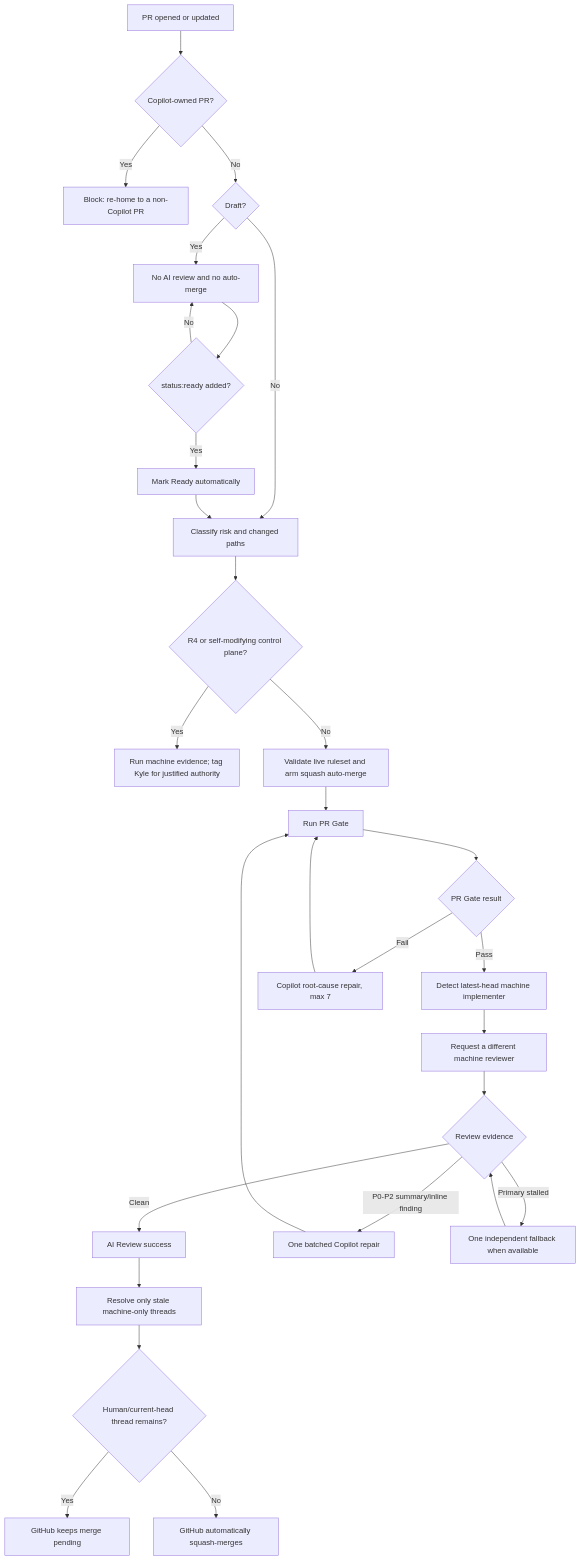
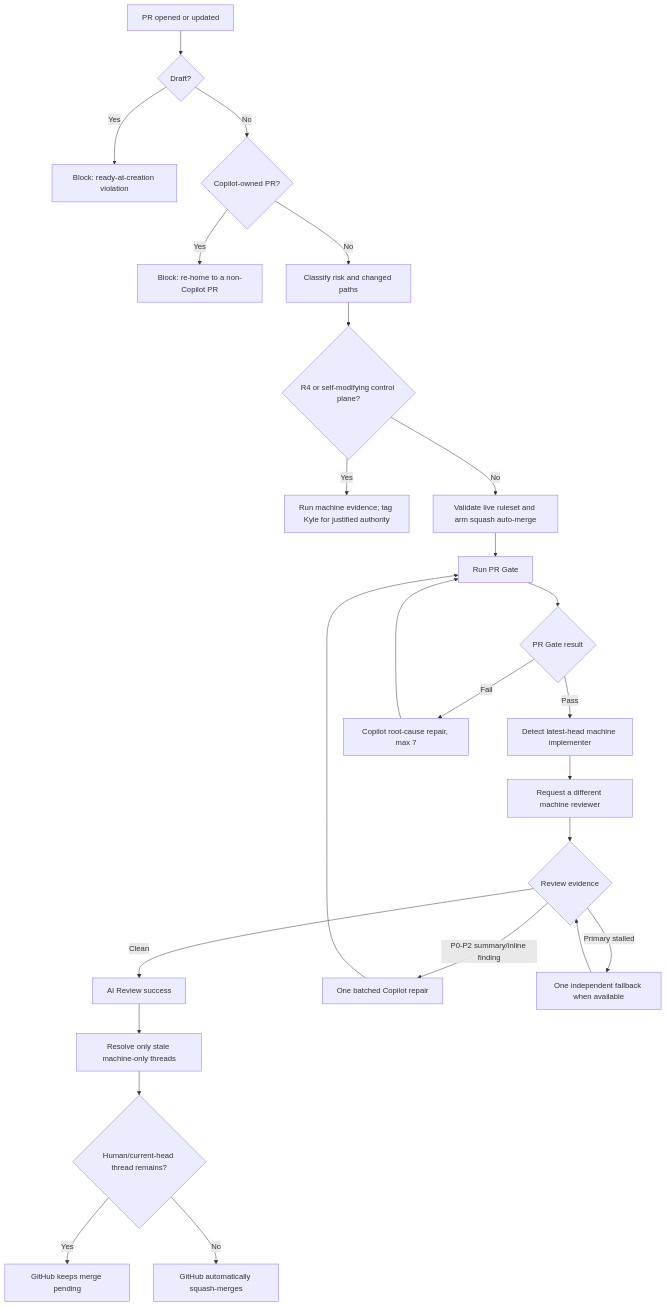
The diagram in DELIVERY_GITHUB.md (kgsmith19/agent-engineering-standard), drawn with Mermaid before and after one commit. The commit also changed other lines of this file and 17 other files, not shown here.

Commit message:
feat: enforce Ready PR creation across the autonomous lane

````diff
--- a/DELIVERY_GITHUB.md
+++ b/DELIVERY_GITHUB.md
@@ -68,31 +68,27 @@
 ```mermaid
 flowchart TD
-    A[PR opened or updated] --> B{Copilot-owned PR?}
-    B -- Yes --> C[Block: re-home to a non-Copilot PR]
-    B -- No --> D{Draft?}
-    D -- Yes --> E[No AI review and no auto-merge]
-    E --> F{status:ready added?}
-    F -- No --> E
-    F -- Yes --> G[Mark Ready automatically]
+    A[PR opened or updated] --> B{Draft?}
+    B -- Yes --> C[Block: ready-at-creation violation]
+    B -- No --> D{Copilot-owned PR?}
+    D -- Yes --> E[Block: re-home to a non-Copilot PR]
     D -- No --> H[Classify risk and changed paths]
-    G --> H
     H --> I{R4 or self-modifying control plane?}
     I -- Yes --> J[Run machine evidence; tag Kyle for justified authority]
     I -- No --> K[Validate live ruleset and arm squash auto-merge]
     K --> L[Run PR Gate]
     L --> M{PR Gate result}
     M -- Pass --> N[Detect latest-head machine implementer]
     M -- Fail --> O[Copilot root-cause repair, max 7]
     O --> L
     N --> P[Request a different machine reviewer]
     P --> Q{Review evidence}
     Q -- Clean --> R[AI Review success]
     Q -- P0-P2 summary/inline finding --> S[One batched Copilot repair]
     S --> L
     Q -- Primary stalled --> T[One independent fallback when available]
     T --> Q
     R --> U[Resolve only stale machine-only threads]
     U --> V{Human/current-head thread remains?}
     V -- Yes --> W[GitHub keeps merge pending]
     V -- No --> X[GitHub automatically squash-merges]
 ```
````
